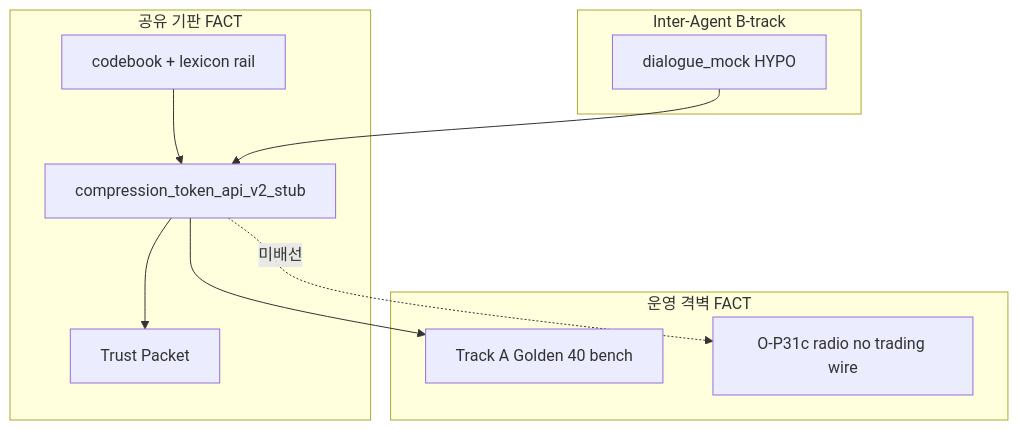
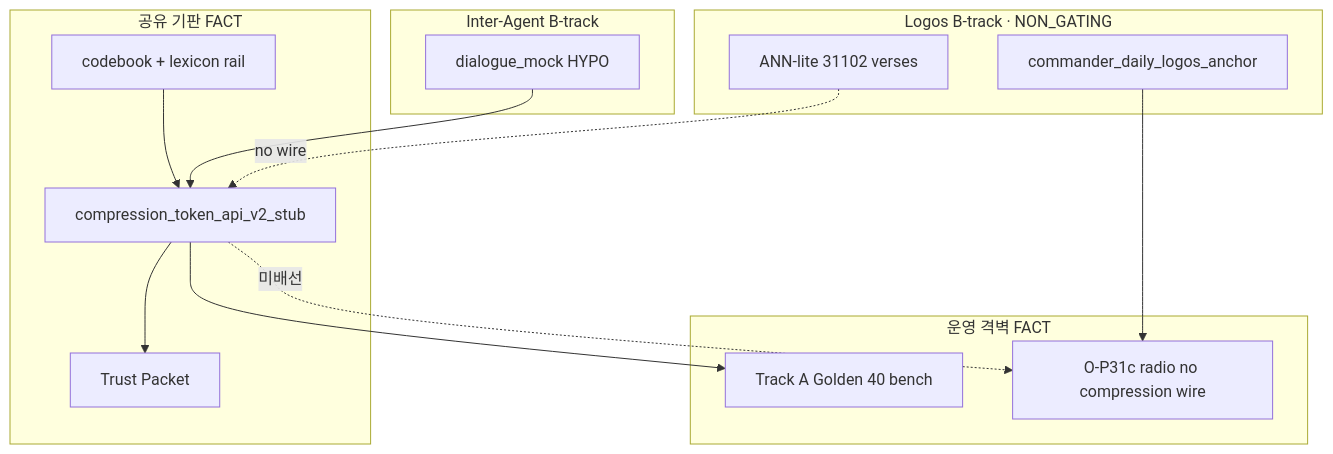
Before and after one commit to mkmlab-v2/mkm-logos-research-oss: the diagram in docs/final/MKM_COMMANDER_PLAIN_LANGUAGE_SYSTEM_MAP_V1.md, drawn with Mermaid. The commit also changed other lines of this file and 2 other files, not shown here.

Commit message:
docs: commander map sections 3.1-6 RAG isolation + CENTRAL guardrails + V3 sketch HYPO

````diff
--- a/docs/final/MKM_COMMANDER_PLAIN_LANGUAGE_SYSTEM_MAP_V1.md
+++ b/docs/final/MKM_COMMANDER_PLAIN_LANGUAGE_SYSTEM_MAP_V1.md
@@ -69,19 +117,25 @@
 ```mermaid
 flowchart TB
   subgraph shared["공유 기판 FACT"]
     V2["compression_token_api_v2_stub"]
     CB["codebook + lexicon rail"]
     TP["Trust Packet"]
   end
+  subgraph logos["Logos B-track · NON_GATING"]
+    RAG["ANN-lite 31102 verses"]
+    ANC["commander_daily_logos_anchor"]
+  end
   subgraph ia["Inter-Agent B-track"]
     DM["dialogue_mock HYPO"]
   end
   subgraph lanes["운영 격벽 FACT"]
     TA["Track A Golden 40 bench"]
-    RAD["O-P31c radio no trading wire"]
+    RAD["O-P31c radio no compression wire"]
   end
   CB --> V2 --> TP
   DM --> V2
   V2 --> TA
+  RAG -.->|no wire| V2
+  ANC --> RAD
   V2 -.->|미배선| RAD
 ```
````
